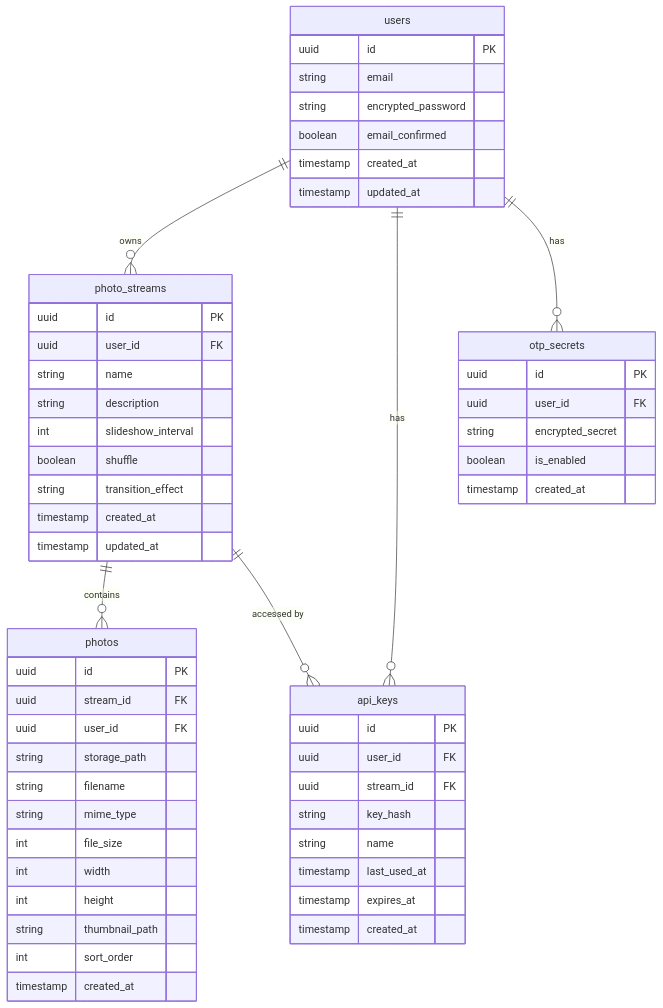
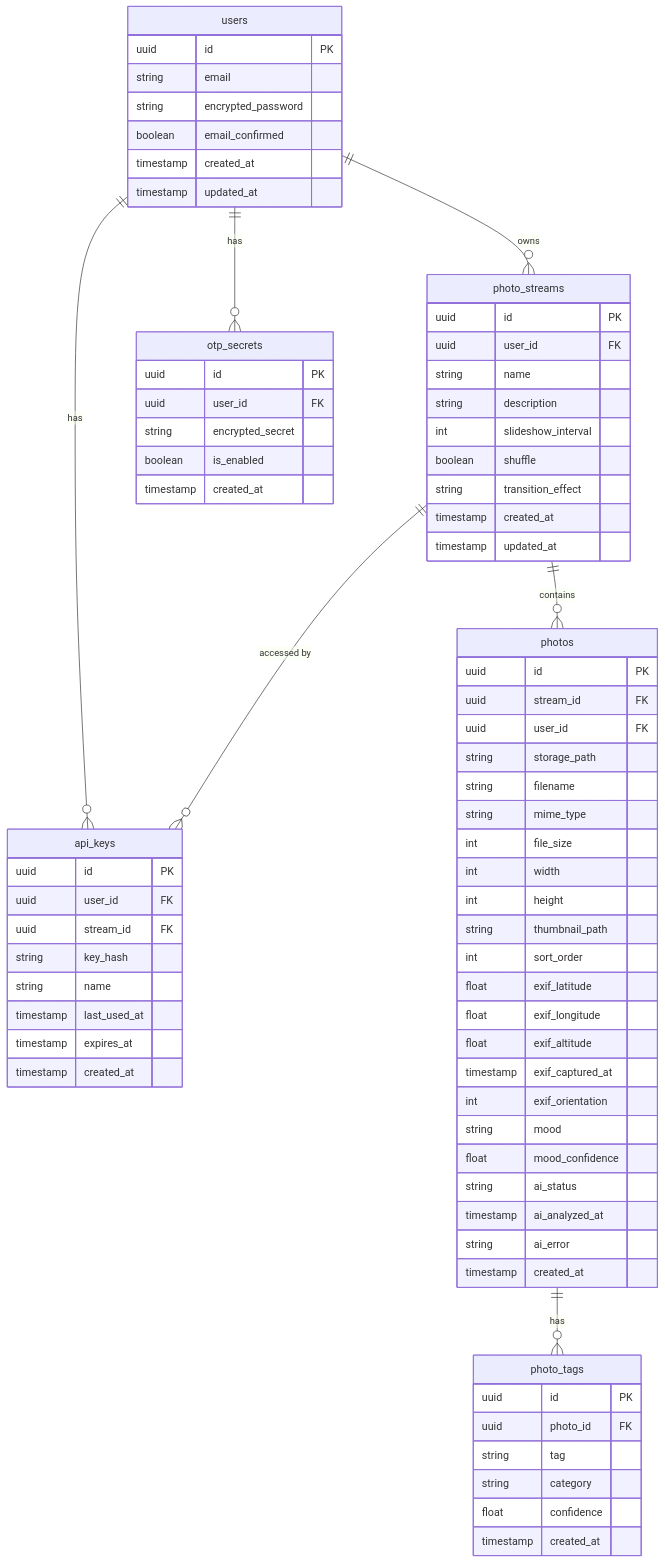
One commit to spunkytensor/froggieframe changed the fourth of 9 diagrams in ARCHITECTURE.md. Above: the diagram before and after it, drawn with Mermaid. The commit also changed other lines of this file, not shown here.

```diff
--- a/ARCHITECTURE.md
+++ b/ARCHITECTURE.md
@@ -217,6 +220,27 @@
         int height
         string thumbnail_path
         int sort_order
+        float exif_latitude
+        float exif_longitude
+        float exif_altitude
+        timestamp exif_captured_at
+        int exif_orientation
+        string mood
+        float mood_confidence
+        string ai_status
+        timestamp ai_analyzed_at
+        string ai_error
+        timestamp created_at
+    }
+
+    photos ||--o{ photo_tags : has
+
+    photo_tags {
+        uuid id PK
+        uuid photo_id FK
+        string tag
+        string category
+        float confidence
         timestamp created_at
     }
 
```
